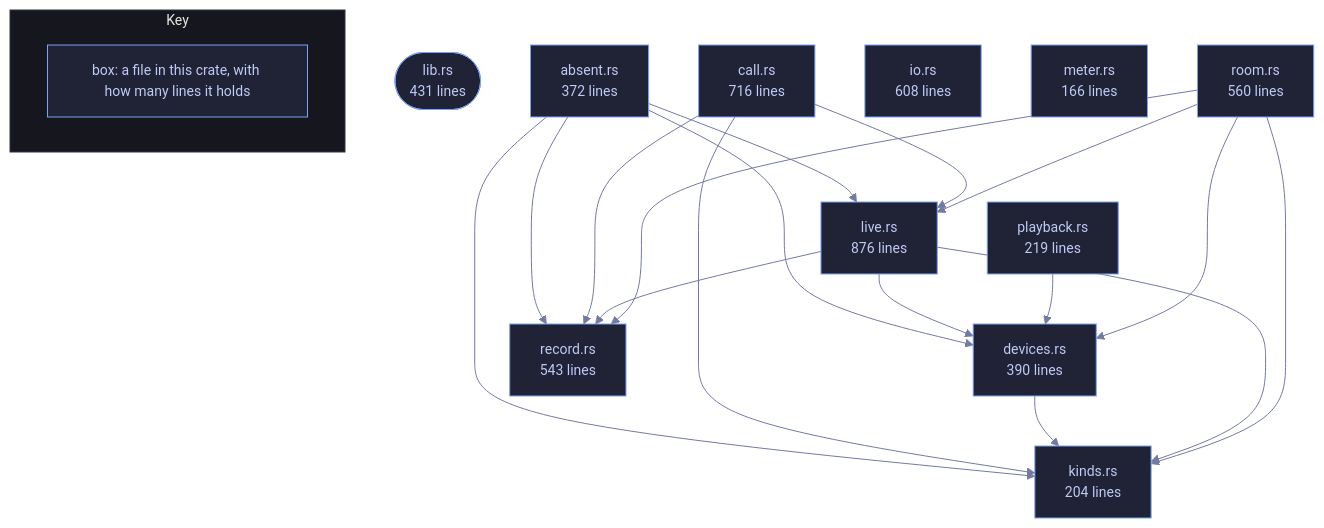
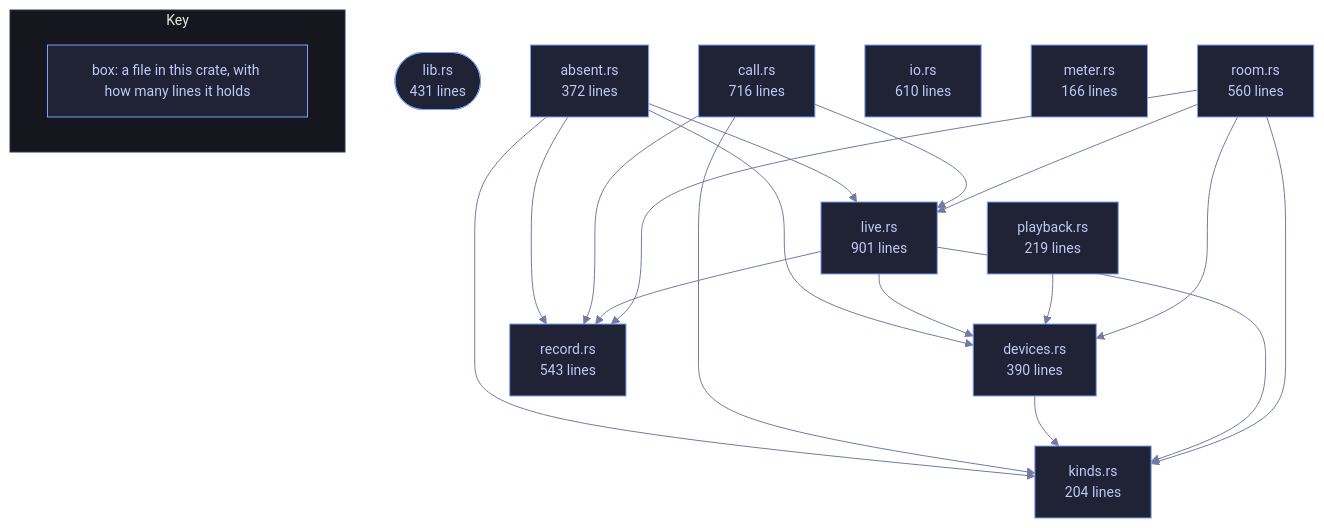
The diagram in crates/veilvoice-audio/README.md (tilas01/veilvoice), drawn with Mermaid before and after one commit. The commit also changed other lines of this file and 514 other files, not shown here.

````diff
--- a/crates/veilvoice-audio/README.md
+++ b/crates/veilvoice-audio/README.md
@@ -80,46 +80,46 @@
 ```mermaid
 %%{init: {"theme":"base","themeVariables":{"background":"#1a1b26","primaryColor":"#1f2335","primaryTextColor":"#c0caf5","primaryBorderColor":"#7aa2f7","secondaryColor":"#16161e","tertiaryColor":"#16161e","lineColor":"#737aa2","textColor":"#c0caf5","mainBkg":"#1f2335","nodeBorder":"#7aa2f7","clusterBkg":"#16161e","clusterBorder":"#2f3549","fontFamily":"ui-monospace, SFMono-Regular, Consolas, monospace","fontSize":"14px"}}}%%
 flowchart TD
     n_lib(["lib.rs<br/>431 lines"])
     n_absent["absent.rs<br/>372 lines"]
     n_call["call.rs<br/>716 lines"]
     n_devices["devices.rs<br/>390 lines"]
-    n_io["io.rs<br/>608 lines"]
+    n_io["io.rs<br/>610 lines"]
     n_kinds["kinds.rs<br/>204 lines"]
-    n_live["live.rs<br/>876 lines"]
+    n_live["live.rs<br/>901 lines"]
     n_meter["meter.rs<br/>166 lines"]
     n_playback["playback.rs<br/>219 lines"]
     n_record["record.rs<br/>543 lines"]
     n_room["room.rs<br/>560 lines"]
     n_absent --> n_devices
     n_absent --> n_kinds
     n_absent --> n_live
     n_absent --> n_record
     n_call --> n_kinds
     n_call --> n_live
     n_call --> n_record
     n_devices --> n_kinds
     n_live --> n_devices
     n_live --> n_kinds
     n_live --> n_record
     n_playback --> n_devices
     n_room --> n_devices
     n_room --> n_kinds
     n_room --> n_live
     n_room --> n_record
     click n_lib href "https://github.com/tilas01/veilvoice/blob/main/crates/veilvoice-audio/src/lib.rs" "open the source"
     click n_absent href "https://github.com/tilas01/veilvoice/blob/main/crates/veilvoice-audio/src/absent.rs" "open the source"
     click n_call href "https://github.com/tilas01/veilvoice/blob/main/crates/veilvoice-audio/src/call.rs" "open the source"
     click n_devices href "https://github.com/tilas01/veilvoice/blob/main/crates/veilvoice-audio/src/devices.rs" "open the source"
     click n_io href "https://github.com/tilas01/veilvoice/blob/main/crates/veilvoice-audio/src/io.rs" "open the source"
     click n_kinds href "https://github.com/tilas01/veilvoice/blob/main/crates/veilvoice-audio/src/kinds.rs" "open the source"
     click n_live href "https://github.com/tilas01/veilvoice/blob/main/crates/veilvoice-audio/src/live.rs" "open the source"
     click n_meter href "https://github.com/tilas01/veilvoice/blob/main/crates/veilvoice-audio/src/meter.rs" "open the source"
     click n_playback href "https://github.com/tilas01/veilvoice/blob/main/crates/veilvoice-audio/src/playback.rs" "open the source"
     click n_record href "https://github.com/tilas01/veilvoice/blob/main/crates/veilvoice-audio/src/record.rs" "open the source"
     click n_room href "https://github.com/tilas01/veilvoice/blob/main/crates/veilvoice-audio/src/room.rs" "open the source"
     subgraph chart_key ["Key"]
         direction LR
         key_box["box: a file in this crate, with how many lines it holds"]
     end
 ```
````
